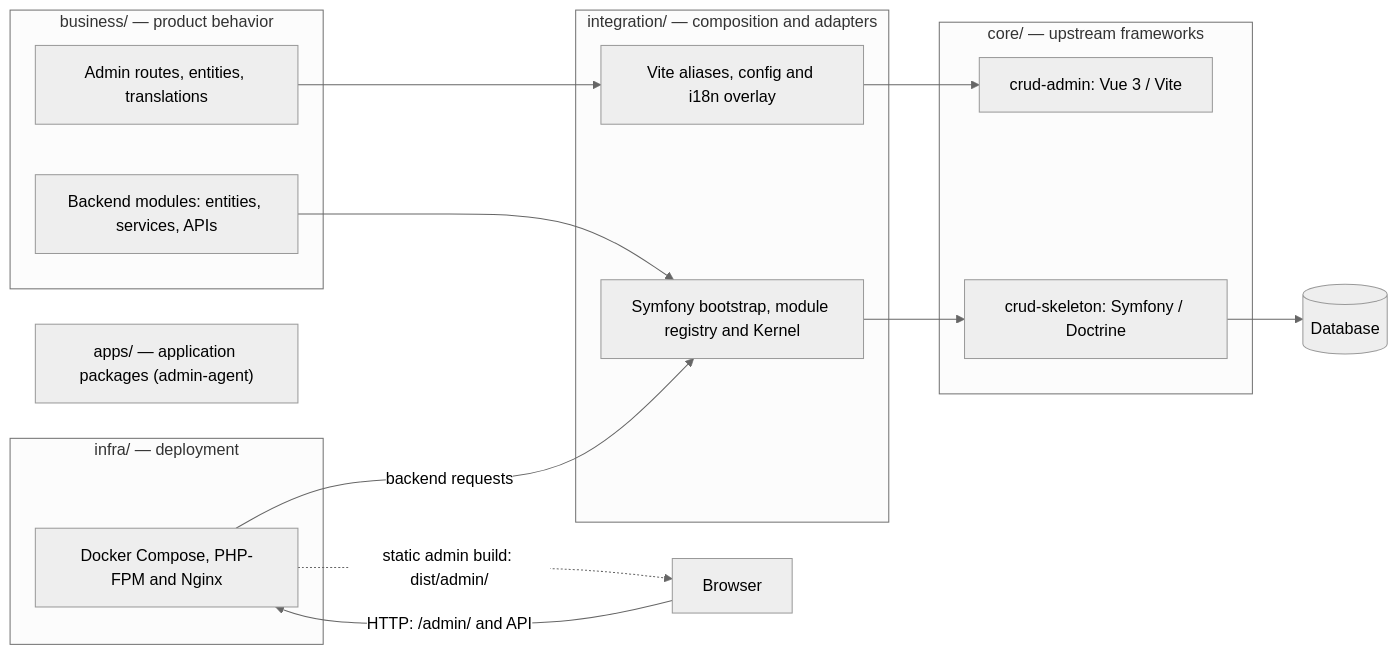
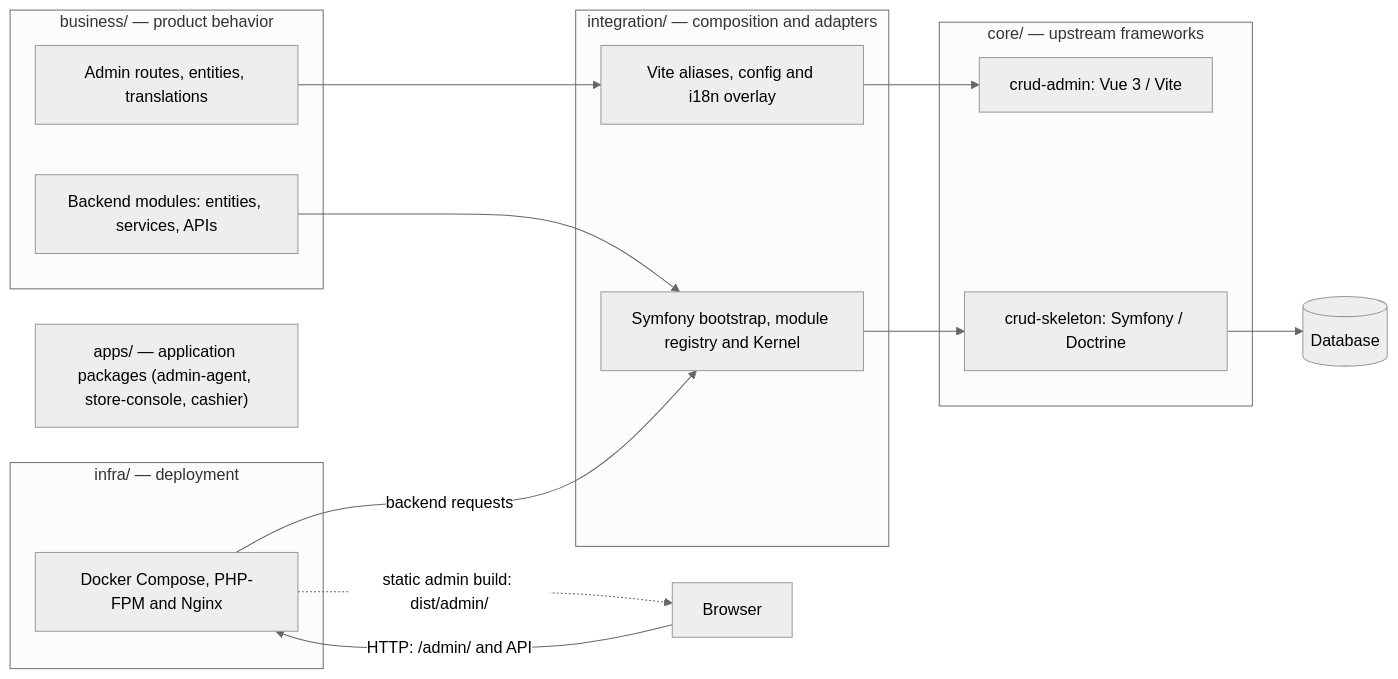
One commit to dream-studio-china/ns-ultimate changed the diagram in README.md. Above: the diagram before and after it, drawn with Mermaid (neutral theme). The commit also changed other lines of this file and 5 other files, not shown here.

````diff
--- a/README.md
+++ b/README.md
@@ -42,31 +42,31 @@
 ```mermaid
 flowchart LR
     subgraph business["business/ — product behavior"]
         BA["Admin routes, entities, translations"]
         BB["Backend modules: entities, services, APIs"]
     end
 
     subgraph integration["integration/ — composition and adapters"]
         IA["Vite aliases, config and i18n overlay"]
         IB["Symfony bootstrap, module registry and Kernel"]
     end
 
     subgraph core["core/ — upstream frameworks"]
         CA["crud-admin: Vue 3 / Vite"]
         CB["crud-skeleton: Symfony / Doctrine"]
     end
 
     subgraph infra["infra/ — deployment"]
         ID["Docker Compose, PHP-FPM and Nginx"]
     end
 
-    Apps["apps/ — application packages (admin-agent)"]
+    Apps["apps/ — application packages (admin-agent, store-console, cashier)"]
     Browser["Browser"]
 
     BA --> IA --> CA
     BB --> IB --> CB
     Browser -->|"HTTP: /admin/ and API"| ID
     ID -.->|"static admin build: dist/admin/"| Browser
     ID -->|"backend requests"| IB
     CB --> DB[("Database")]
 ```
````
